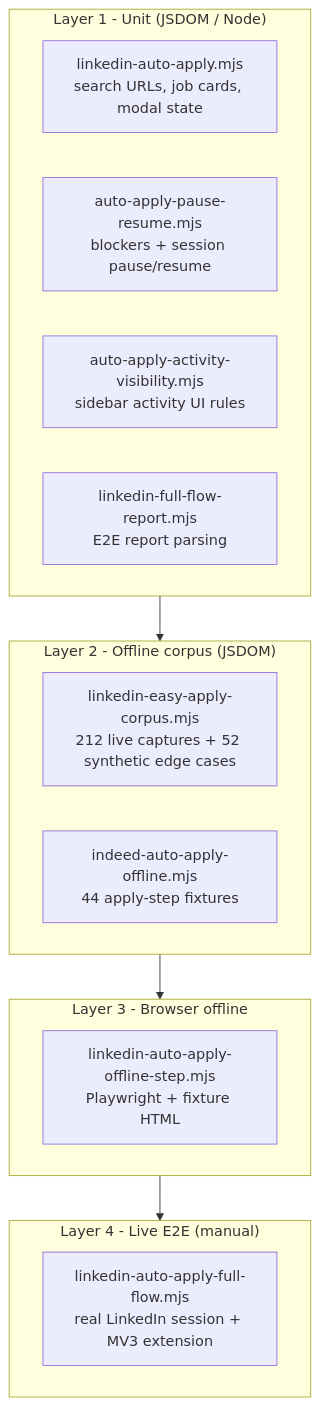
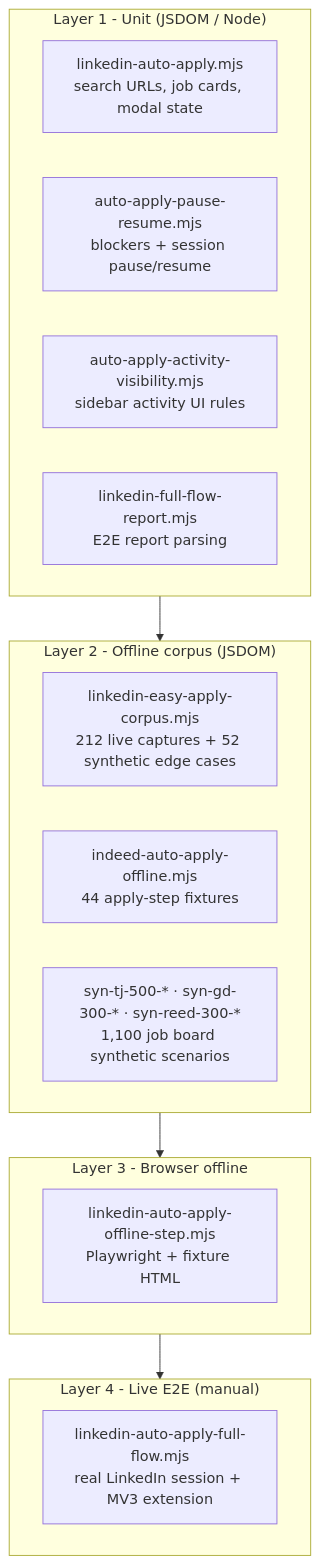
One commit to tmwclaxton/autoapplycv changed the fifth of 5 diagrams in README.md. Above: the diagram before and after it, drawn with Mermaid. The commit also changed other lines of this file and 1449 other files, not shown here.

````diff
--- a/README.md
+++ b/README.md
@@ -578,24 +698,25 @@
 ```mermaid
 flowchart TB
     subgraph L1["Layer 1 - Unit (JSDOM / Node)"]
         U1["linkedin-auto-apply.mjs<br/>search URLs, job cards, modal state"]
         U2["auto-apply-pause-resume.mjs<br/>blockers + session pause/resume"]
         U3["auto-apply-activity-visibility.mjs<br/>sidebar activity UI rules"]
         U4["linkedin-full-flow-report.mjs<br/>E2E report parsing"]
     end
 
     subgraph L2["Layer 2 - Offline corpus (JSDOM)"]
         C["linkedin-easy-apply-corpus.mjs<br/>212 live captures + 52 synthetic edge cases"]
         I["indeed-auto-apply-offline.mjs<br/>44 apply-step fixtures"]
+        TJ["syn-tj-500-* · syn-gd-300-* · syn-reed-300-*<br/>1,100 job board synthetic scenarios"]
     end
 
     subgraph L3["Layer 3 - Browser offline"]
         O["linkedin-auto-apply-offline-step.mjs<br/>Playwright + fixture HTML"]
     end
 
     subgraph L4["Layer 4 - Live E2E (manual)"]
         E["linkedin-auto-apply-full-flow.mjs<br/>real LinkedIn session + MV3 extension"]
     end
 
     L1 --> L2 --> L3 --> L4
 ```
````
